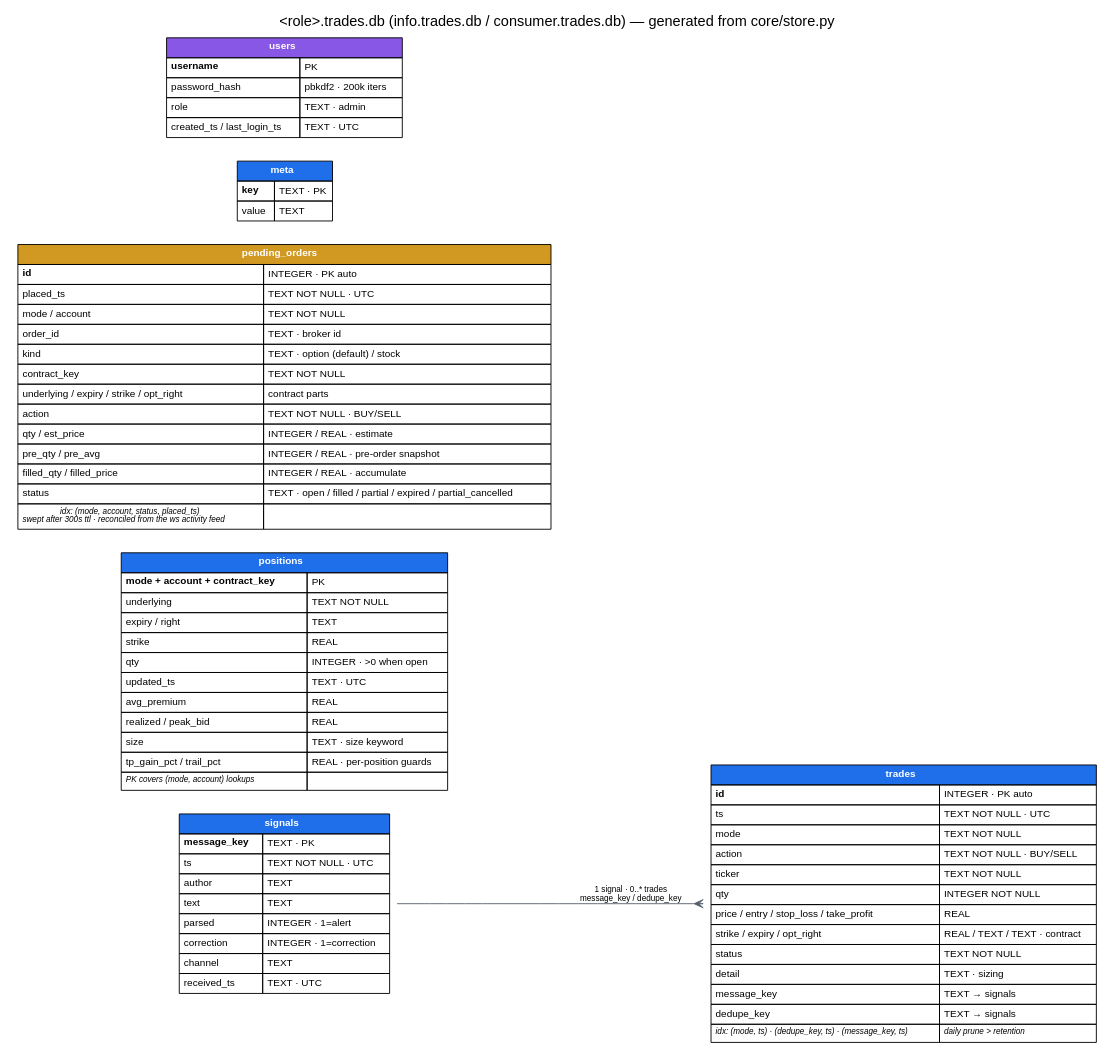
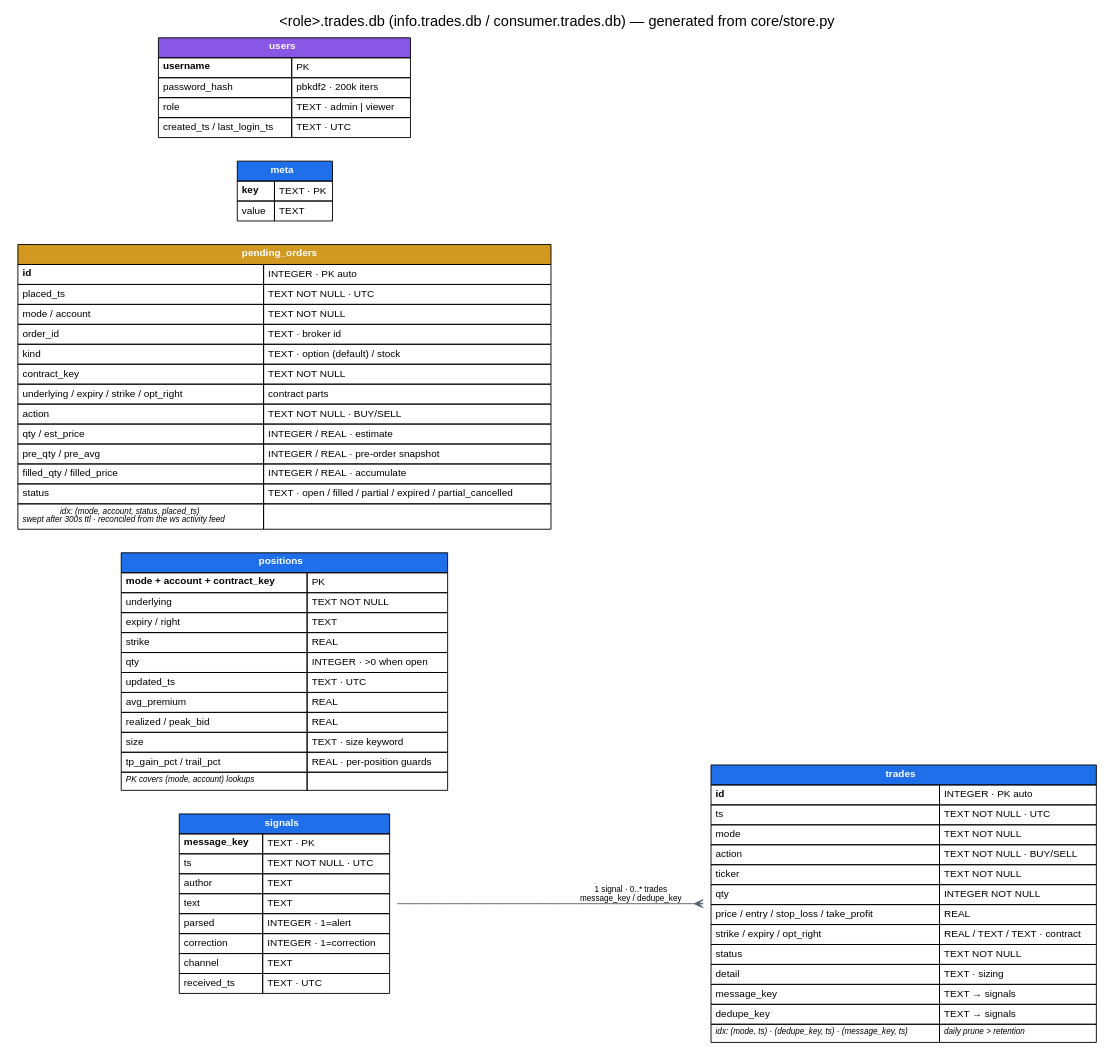
One commit to siicosmos/ws-trade-bot changed the diagram in docs/db_schema.dot. Above: the diagram before and after it, drawn with Graphviz. The commit also changed 36 other files, not shown here.

```diff
--- a/docs/db_schema.dot
+++ b/docs/db_schema.dot
@@ -1,92 +1,92 @@
 // ws-trade-bot per-role trades db schema - render with:
 //   dot -Tpng -o docs/db_schema.png docs/db_schema.dot
 digraph db_schema {
   rankdir=LR;
   graph [fontname="Helvetica", label="<role>.trades.db (info.trades.db / consumer.trades.db) — generated from core/store.py", labelloc=t, fontsize=16];
   node [shape=plaintext, fontname="Helvetica", fontsize=11];
   edge [color="#57606a", fontname="Helvetica", fontsize=9];
 
   signals [label=<
     <TABLE BORDER="0" CELLBORDER="1" CELLSPACING="0" CELLPADDING="4" BGCOLOR="white">
       <TR><TD BGCOLOR="#1f6feb" COLSPAN="2"><FONT COLOR="white"><B>signals</B></FONT></TD></TR>
       <TR><TD ALIGN="LEFT"><B>message_key</B></TD><TD ALIGN="LEFT">TEXT · PK</TD></TR>
       <TR><TD ALIGN="LEFT">ts</TD><TD ALIGN="LEFT">TEXT NOT NULL · UTC</TD></TR>
       <TR><TD ALIGN="LEFT">author</TD><TD ALIGN="LEFT">TEXT</TD></TR>
       <TR><TD ALIGN="LEFT">text</TD><TD ALIGN="LEFT">TEXT</TD></TR>
       <TR><TD ALIGN="LEFT">parsed</TD><TD ALIGN="LEFT">INTEGER · 1=alert</TD></TR>
       <TR><TD ALIGN="LEFT">correction</TD><TD ALIGN="LEFT">INTEGER · 1=correction</TD></TR>
       <TR><TD ALIGN="LEFT">channel</TD><TD ALIGN="LEFT">TEXT</TD></TR>
       <TR><TD ALIGN="LEFT">received_ts</TD><TD ALIGN="LEFT">TEXT · UTC</TD></TR>
     </TABLE>>];
 
   trades [label=<
     <TABLE BORDER="0" CELLBORDER="1" CELLSPACING="0" CELLPADDING="4" BGCOLOR="white">
       <TR><TD BGCOLOR="#1f6feb" COLSPAN="2"><FONT COLOR="white"><B>trades</B></FONT></TD></TR>
       <TR><TD ALIGN="LEFT"><B>id</B></TD><TD ALIGN="LEFT">INTEGER · PK auto</TD></TR>
       <TR><TD ALIGN="LEFT">ts</TD><TD ALIGN="LEFT">TEXT NOT NULL · UTC</TD></TR>
       <TR><TD ALIGN="LEFT">mode</TD><TD ALIGN="LEFT">TEXT NOT NULL</TD></TR>
       <TR><TD ALIGN="LEFT">action</TD><TD ALIGN="LEFT">TEXT NOT NULL · BUY/SELL</TD></TR>
       <TR><TD ALIGN="LEFT">ticker</TD><TD ALIGN="LEFT">TEXT NOT NULL</TD></TR>
       <TR><TD ALIGN="LEFT">qty</TD><TD ALIGN="LEFT">INTEGER NOT NULL</TD></TR>
       <TR><TD ALIGN="LEFT">price / entry / stop_loss / take_profit</TD><TD ALIGN="LEFT">REAL</TD></TR>
       <TR><TD ALIGN="LEFT">strike / expiry / opt_right</TD><TD ALIGN="LEFT">REAL / TEXT / TEXT · contract</TD></TR>
       <TR><TD ALIGN="LEFT">status</TD><TD ALIGN="LEFT">TEXT NOT NULL</TD></TR>
       <TR><TD ALIGN="LEFT">detail</TD><TD ALIGN="LEFT">TEXT · sizing</TD></TR>
       <TR><TD ALIGN="LEFT">message_key</TD><TD ALIGN="LEFT">TEXT → signals</TD></TR>
       <TR><TD ALIGN="LEFT">dedupe_key</TD><TD ALIGN="LEFT">TEXT → signals</TD></TR>
       <TR><TD ALIGN="LEFT"><FONT POINT-SIZE="9"><I>idx: (mode, ts) · (dedupe_key, ts) · (message_key, ts)</I></FONT></TD><TD ALIGN="LEFT"><FONT POINT-SIZE="9"><I>daily prune &gt; retention</I></FONT></TD></TR>
     </TABLE>>];
 
   positions [label=<
     <TABLE BORDER="0" CELLBORDER="1" CELLSPACING="0" CELLPADDING="4" BGCOLOR="white">
       <TR><TD BGCOLOR="#1f6feb" COLSPAN="2"><FONT COLOR="white"><B>positions</B></FONT></TD></TR>
       <TR><TD ALIGN="LEFT"><B>mode + account + contract_key</B></TD><TD ALIGN="LEFT">PK</TD></TR>
       <TR><TD ALIGN="LEFT">underlying</TD><TD ALIGN="LEFT">TEXT NOT NULL</TD></TR>
       <TR><TD ALIGN="LEFT">expiry / right</TD><TD ALIGN="LEFT">TEXT</TD></TR>
       <TR><TD ALIGN="LEFT">strike</TD><TD ALIGN="LEFT">REAL</TD></TR>
       <TR><TD ALIGN="LEFT">qty</TD><TD ALIGN="LEFT">INTEGER · &gt;0 when open</TD></TR>
       <TR><TD ALIGN="LEFT">updated_ts</TD><TD ALIGN="LEFT">TEXT · UTC</TD></TR>
       <TR><TD ALIGN="LEFT">avg_premium</TD><TD ALIGN="LEFT">REAL</TD></TR>
       <TR><TD ALIGN="LEFT">realized / peak_bid</TD><TD ALIGN="LEFT">REAL</TD></TR>
       <TR><TD ALIGN="LEFT">size</TD><TD ALIGN="LEFT">TEXT · size keyword</TD></TR>
       <TR><TD ALIGN="LEFT">tp_gain_pct / trail_pct</TD><TD ALIGN="LEFT">REAL · per-position guards</TD></TR>
       <TR><TD ALIGN="LEFT"><FONT POINT-SIZE="9"><I>PK covers (mode, account) lookups</I></FONT></TD><TD ALIGN="LEFT"></TD></TR>
     </TABLE>>];
 
   pending_orders [label=<
     <TABLE BORDER="0" CELLBORDER="1" CELLSPACING="0" CELLPADDING="4" BGCOLOR="white">
       <TR><TD BGCOLOR="#d29922" COLSPAN="2"><FONT COLOR="white"><B>pending_orders</B></FONT></TD></TR>
       <TR><TD ALIGN="LEFT"><B>id</B></TD><TD ALIGN="LEFT">INTEGER · PK auto</TD></TR>
       <TR><TD ALIGN="LEFT">placed_ts</TD><TD ALIGN="LEFT">TEXT NOT NULL · UTC</TD></TR>
       <TR><TD ALIGN="LEFT">mode / account</TD><TD ALIGN="LEFT">TEXT NOT NULL</TD></TR>
       <TR><TD ALIGN="LEFT">order_id</TD><TD ALIGN="LEFT">TEXT · broker id</TD></TR>
       <TR><TD ALIGN="LEFT">kind</TD><TD ALIGN="LEFT">TEXT · option (default) / stock</TD></TR>
       <TR><TD ALIGN="LEFT">contract_key</TD><TD ALIGN="LEFT">TEXT NOT NULL</TD></TR>
       <TR><TD ALIGN="LEFT">underlying / expiry / strike / opt_right</TD><TD ALIGN="LEFT">contract parts</TD></TR>
       <TR><TD ALIGN="LEFT">action</TD><TD ALIGN="LEFT">TEXT NOT NULL · BUY/SELL</TD></TR>
       <TR><TD ALIGN="LEFT">qty / est_price</TD><TD ALIGN="LEFT">INTEGER / REAL · estimate</TD></TR>
       <TR><TD ALIGN="LEFT">pre_qty / pre_avg</TD><TD ALIGN="LEFT">INTEGER / REAL · pre-order snapshot</TD></TR>
       <TR><TD ALIGN="LEFT">filled_qty / filled_price</TD><TD ALIGN="LEFT">INTEGER / REAL · accumulate</TD></TR>
       <TR><TD ALIGN="LEFT">status</TD><TD ALIGN="LEFT">TEXT · open / filled / partial / expired / partial_cancelled</TD></TR>
       <TR><TD ALIGN="LEFT"><FONT POINT-SIZE="9"><I>idx: (mode, account, status, placed_ts)</I></FONT><BR/><FONT POINT-SIZE="9"><I>swept after 300s ttl · reconciled from the ws activity feed</I></FONT></TD><TD ALIGN="LEFT"></TD></TR>
     </TABLE>>];
 
   meta [label=<
     <TABLE BORDER="0" CELLBORDER="1" CELLSPACING="0" CELLPADDING="4" BGCOLOR="white">
       <TR><TD BGCOLOR="#1f6feb" COLSPAN="2"><FONT COLOR="white"><B>meta</B></FONT></TD></TR>
       <TR><TD ALIGN="LEFT"><B>key</B></TD><TD ALIGN="LEFT">TEXT · PK</TD></TR>
       <TR><TD ALIGN="LEFT">value</TD><TD ALIGN="LEFT">TEXT</TD></TR>
     </TABLE>>];
 
   users [label=<
     <TABLE BORDER="0" CELLBORDER="1" CELLSPACING="0" CELLPADDING="4" BGCOLOR="white">
       <TR><TD BGCOLOR="#8957e5" COLSPAN="2"><FONT COLOR="white"><B>users</B></FONT></TD></TR>
       <TR><TD ALIGN="LEFT"><B>username</B></TD><TD ALIGN="LEFT">PK</TD></TR>
       <TR><TD ALIGN="LEFT">password_hash</TD><TD ALIGN="LEFT">pbkdf2 · 200k iters</TD></TR>
-      <TR><TD ALIGN="LEFT">role</TD><TD ALIGN="LEFT">TEXT · admin</TD></TR>
+      <TR><TD ALIGN="LEFT">role</TD><TD ALIGN="LEFT">TEXT · admin | viewer</TD></TR>
       <TR><TD ALIGN="LEFT">created_ts / last_login_ts</TD><TD ALIGN="LEFT">TEXT · UTC</TD></TR>
     </TABLE>>];
 
   signals -> trades [arrowhead=crow, arrowtail=none, dir=both,
     label="1 signal · 0..* trades\nmessage_key / dedupe_key"];
 }
```
